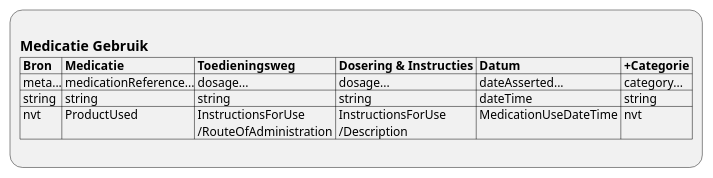
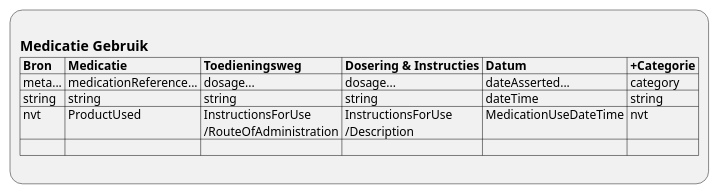
The diagram in input/images-source/ViewDefinition-MedicationStatement.plantuml (RIVO-Noord/zorgviewer-ig), drawn with PlantUML before and after one commit. The commit also changed 13 other files, not shown here.

```diff
--- a/input/images-source/ViewDefinition-MedicationStatement.plantuml
+++ b/input/images-source/ViewDefinition-MedicationStatement.plantuml
@@ -1,9 +1,10 @@
 @startuml ViewDefinition-MedicationStatement
 :
 == Medicatie Gebruik
 |= Bron |= Medicatie |= Toedieningsweg |= Dosering & Instructies |= Datum |= +Categorie |
-| meta...| medicationReference...| dosage...| dosage...| dateAsserted...| category...|
+| meta... | medicationReference... | dosage... | dosage... | dateAsserted... | category |
 | string | string | string | string | dateTime | string |
 | nvt | ProductUsed | InstructionsForUse\n /RouteOfAdministration | InstructionsForUse\n /Description | MedicationUseDateTime | nvt |
+| |
 ;
 @enduml
```
